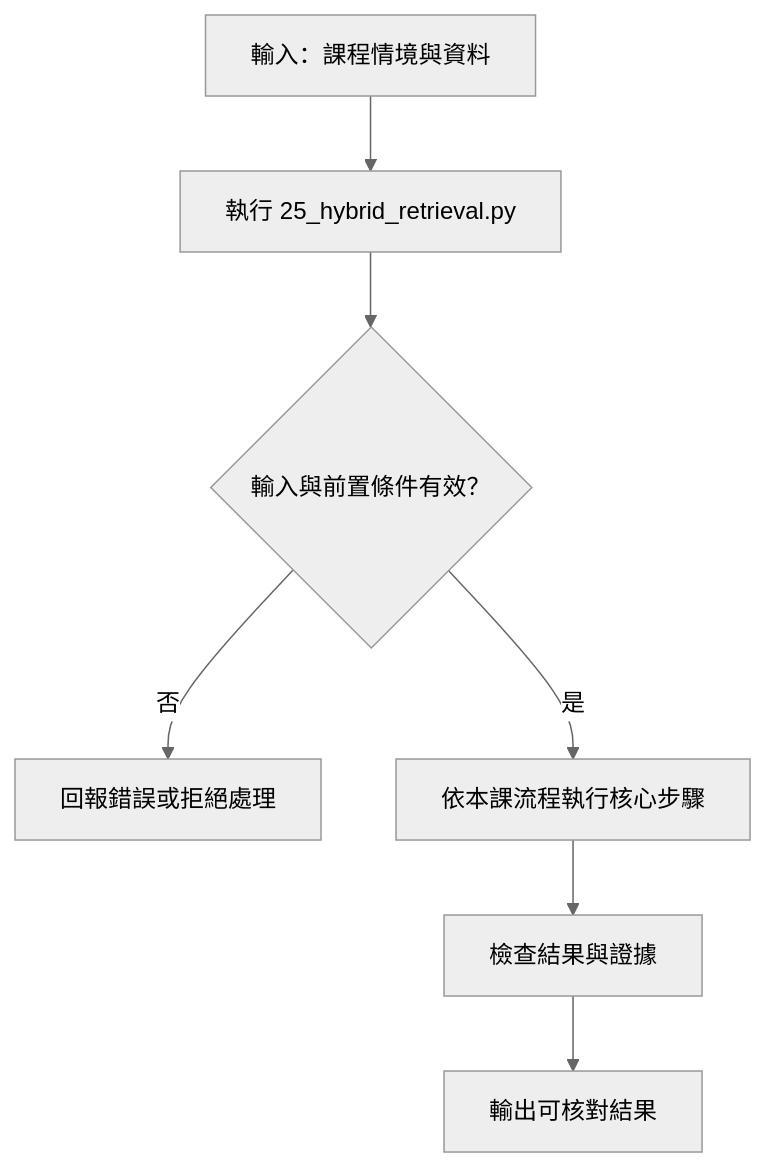
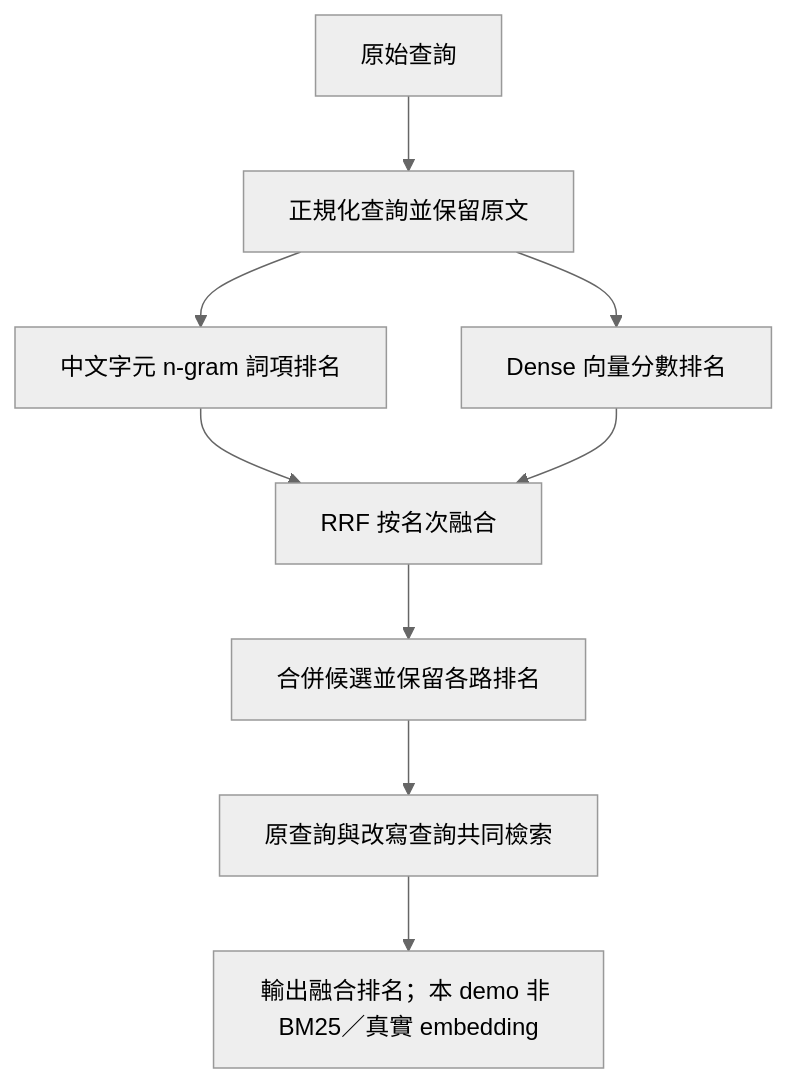
Before and after one commit to 4-learn/LLM-demo: the diagram in 25-hybrid-retrieval.md, drawn with Mermaid (neutral theme). The commit also changed other lines of this file and 66 other files, not shown here.

Commit message:
[pm] docs: expand lesson diagrams and fix course mapping (#17)

````diff
--- a/25-hybrid-retrieval.md
+++ b/25-hybrid-retrieval.md
@@ -9,9 +9,11 @@
 ```mermaid
 flowchart TD
-    A[輸入：課程情境與資料] --> B[執行 25_hybrid_retrieval.py]
-    B --> C{輸入與前置條件有效？}
-    C -- 否 --> D[回報錯誤或拒絕處理]
-    C -- 是 --> E[依本課流程執行核心步驟]
-    E --> F[檢查結果與證據]
-    F --> G[輸出可核對結果]
+    A[原始查詢] --> B[正規化查詢並保留原文]
+    B --> C[中文字元 n-gram 詞項排名]
+    B --> D[Dense 向量分數排名]
+    C --> E[RRF 按名次融合]
+    D --> E
+    E --> F[合併候選並保留各路排名]
+    F --> G[原查詢與改寫查詢共同檢索]
+    G --> H[輸出融合排名；本 demo 非 BM25／真實 embedding]
 ```
````
